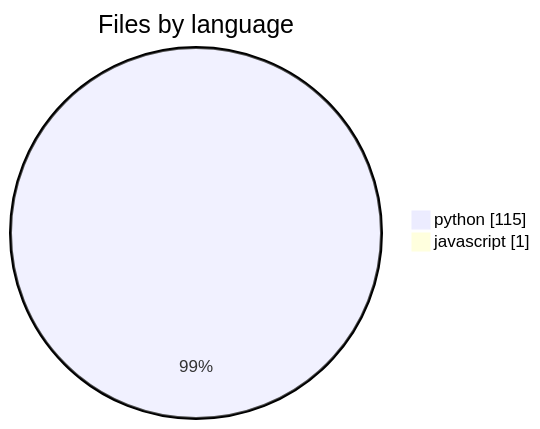
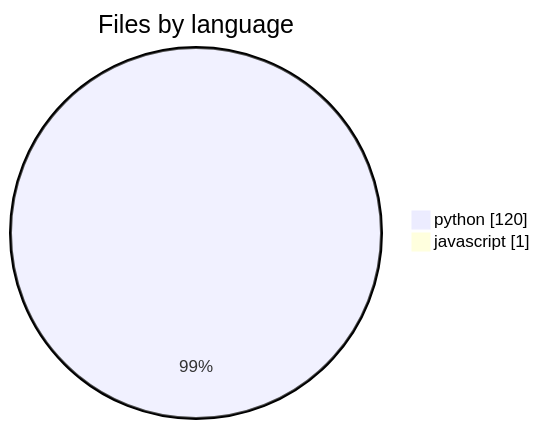
The first of 5 diagrams in .mentis/context/languages.md (wolframs/jspace-probes), drawn with Mermaid before and after one commit. The commit also changed other lines of this file and 989 other files, not shown here.

````diff
--- a/.mentis/context/languages.md
+++ b/.mentis/context/languages.md
@@ -15,5 +15,5 @@
 ```mermaid
 pie showData title Files by language
-    "python" : 115
+    "python" : 120
     "javascript" : 1
 ```
````
